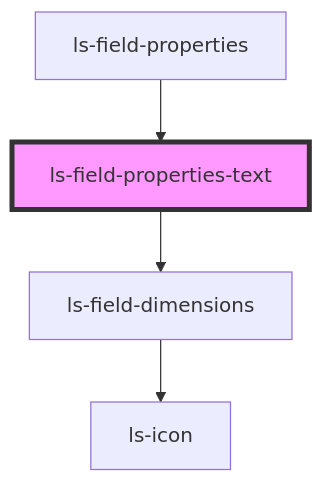
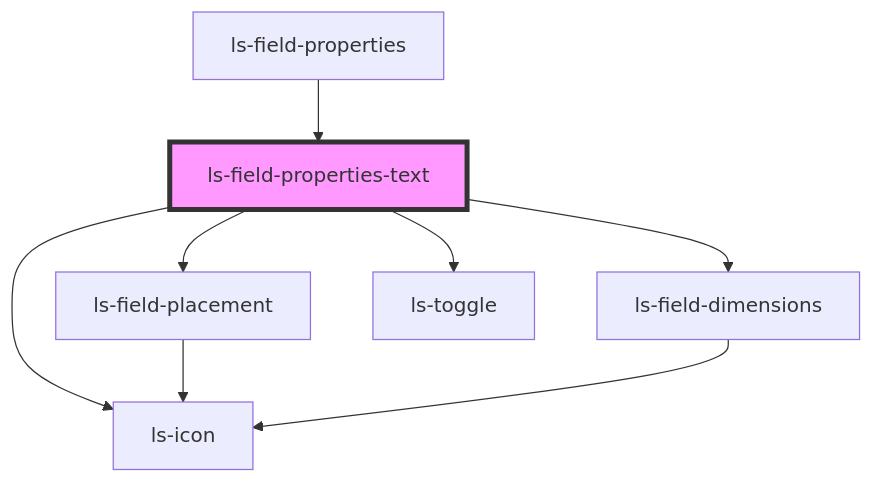
The diagram in src/components/ls-field-properties-text/readme.md (legalesign/ls-document-viewer), drawn with Mermaid before and after one commit. The commit also changed other lines of this file and 21 other files, not shown here.

````diff
--- a/src/components/ls-field-properties-text/readme.md
+++ b/src/components/ls-field-properties-text/readme.md
@@ -26,7 +30,11 @@
 ```mermaid
 graph TD;
+  ls-field-properties-text --> ls-field-placement
   ls-field-properties-text --> ls-field-dimensions
+  ls-field-properties-text --> ls-icon
+  ls-field-properties-text --> ls-toggle
+  ls-field-placement --> ls-icon
   ls-field-dimensions --> ls-icon
   ls-field-properties --> ls-field-properties-text
   style ls-field-properties-text fill:#f9f,stroke:#333,stroke-width:4px
 ```
````
